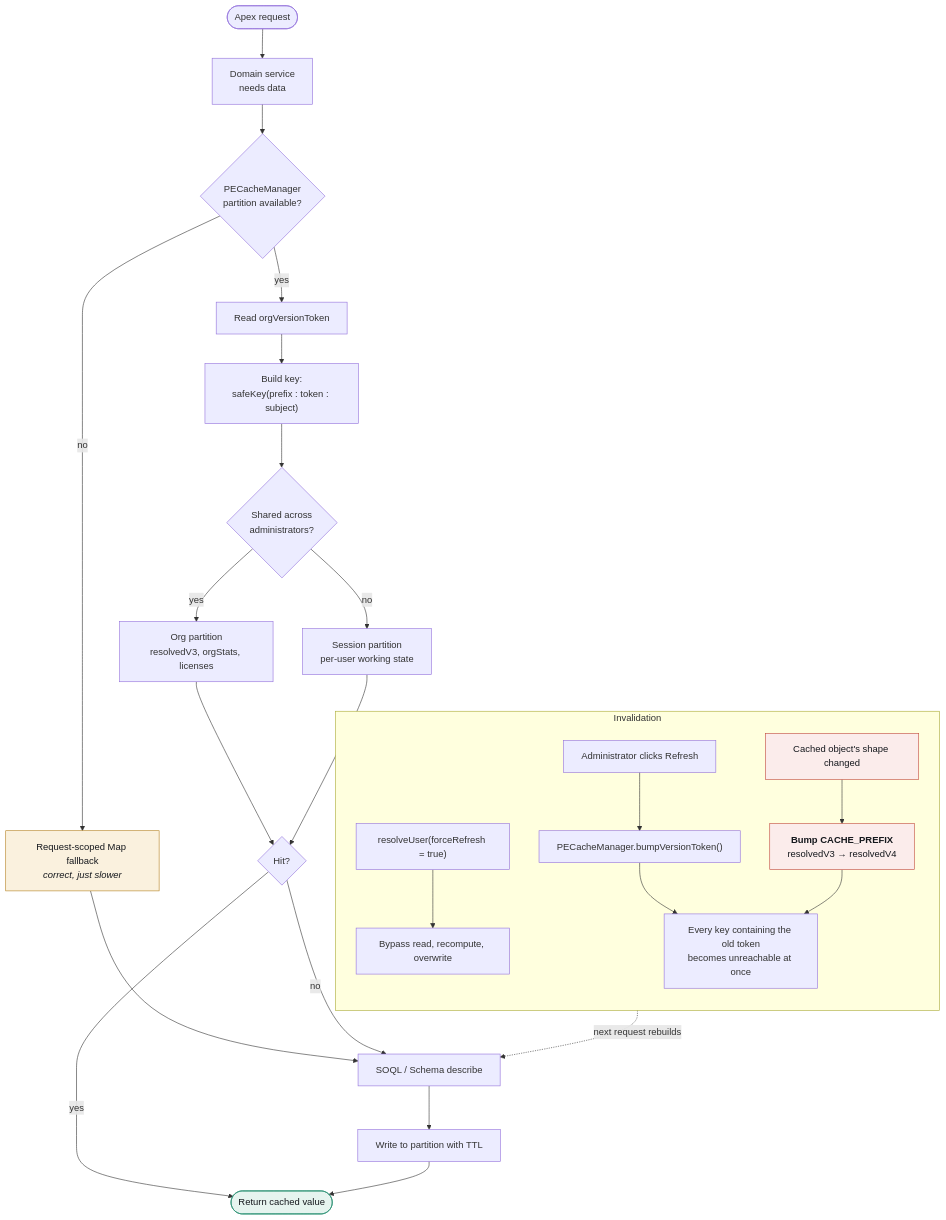
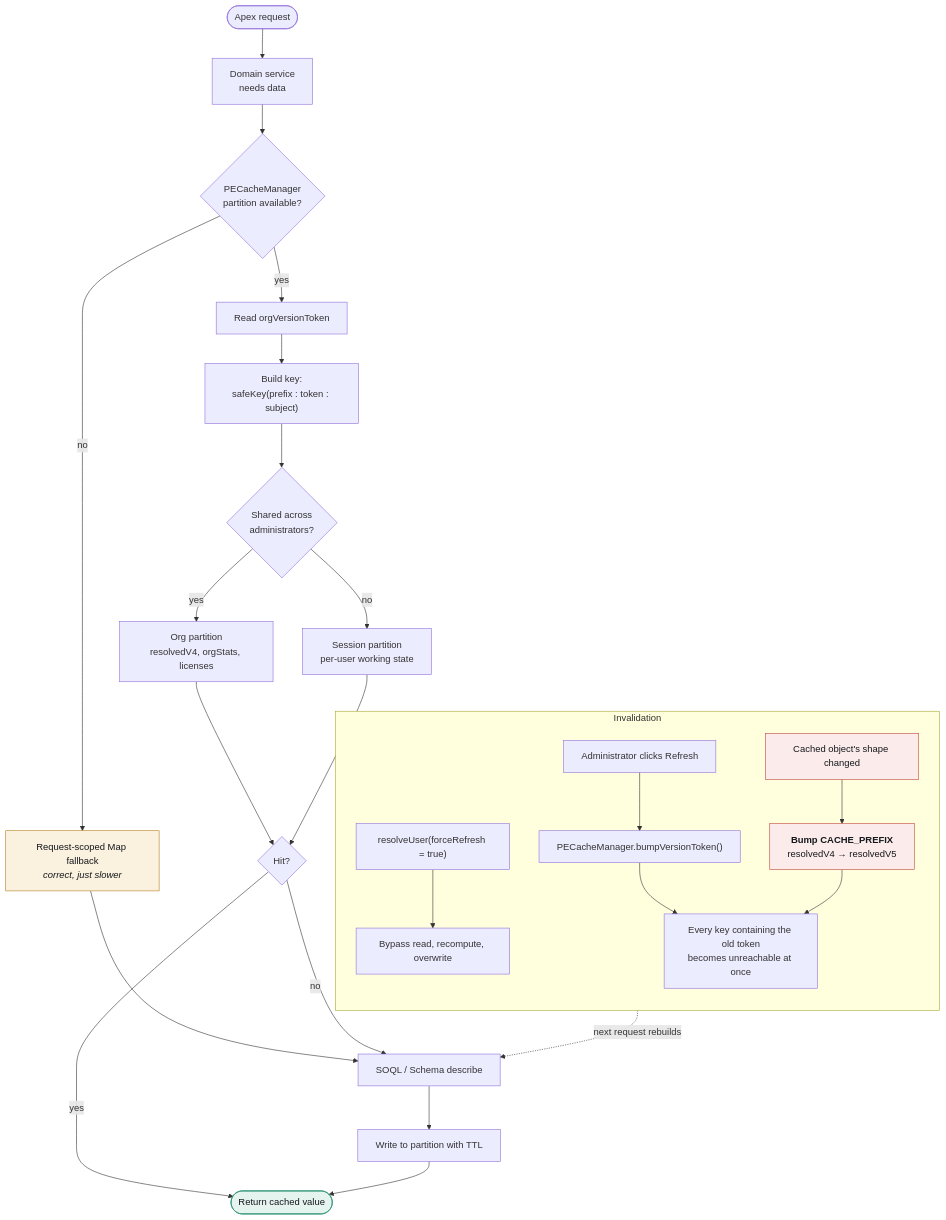
The diagram in docs/diagrams/10-caching-dataflow.md (DemoProjectDjango/Who-Sees-What), drawn with Mermaid before and after one commit. The commit also changed other lines of this file and 31 other files, not shown here.

First line of the commit message:
feat: Add documentation for Record Visibility, Roadmap, and Upgrade Notes

````diff
--- a/docs/diagrams/10-caching-dataflow.md
+++ b/docs/diagrams/10-caching-dataflow.md
@@ -5,40 +5,40 @@
 ```mermaid
 flowchart TD
     REQ([Apex request]) --> SVC["Domain service<br/>needs data"]
     SVC --> AVAIL{"PECacheManager<br/>partition available?"}
 
     AVAIL -->|no| FALL["Request-scoped Map fallback<br/><i>correct, just slower</i>"]
     FALL --> QUERY
 
     AVAIL -->|yes| TOKEN["Read orgVersionToken"]
     TOKEN --> KEY["Build key:<br/>safeKey(prefix : token : subject)"]
     KEY --> SCOPE{"Shared across<br/>administrators?"}
 
-    SCOPE -->|yes| ORGP["Org partition<br/>resolvedV3, orgStats, licenses"]
+    SCOPE -->|yes| ORGP["Org partition<br/>resolvedV4, orgStats, licenses"]
     SCOPE -->|no| SESSP["Session partition<br/>per-user working state"]
 
     ORGP --> HIT{"Hit?"}
     SESSP --> HIT
     HIT -->|yes| RETURN([Return cached value])
     HIT -->|no| QUERY["SOQL / Schema describe"]
     QUERY --> PUT["Write to partition with TTL"]
     PUT --> RETURN
 
     subgraph INVAL["Invalidation"]
         direction TB
         UIREF["Administrator clicks Refresh"] --> BUMP["PECacheManager.bumpVersionToken()"]
         FORCE["resolveUser(forceRefresh = true)"] --> SKIP["Bypass read, recompute, overwrite"]
-        SHAPE["Cached object's shape changed"] --> PREFIX["<b>Bump CACHE_PREFIX</b><br/>resolvedV3 → resolvedV4"]
+        SHAPE["Cached object's shape changed"] --> PREFIX["<b>Bump CACHE_PREFIX</b><br/>resolvedV4 → resolvedV5"]
         BUMP --> ALLGONE["Every key containing the old token<br/>becomes unreachable at once"]
         PREFIX --> ALLGONE
     end
 
     ALLGONE -.->|"next request rebuilds"| QUERY
 
     classDef danger fill:#fbeceb,stroke:#C0483C,color:#15181D
     classDef warn fill:#faf1de,stroke:#B4801F,color:#15181D
     classDef good fill:#e6f4ef,stroke:#1F8A6B,color:#15181D
     class SHAPE,PREFIX danger
     class FALL warn
     class RETURN good
 ```
````
